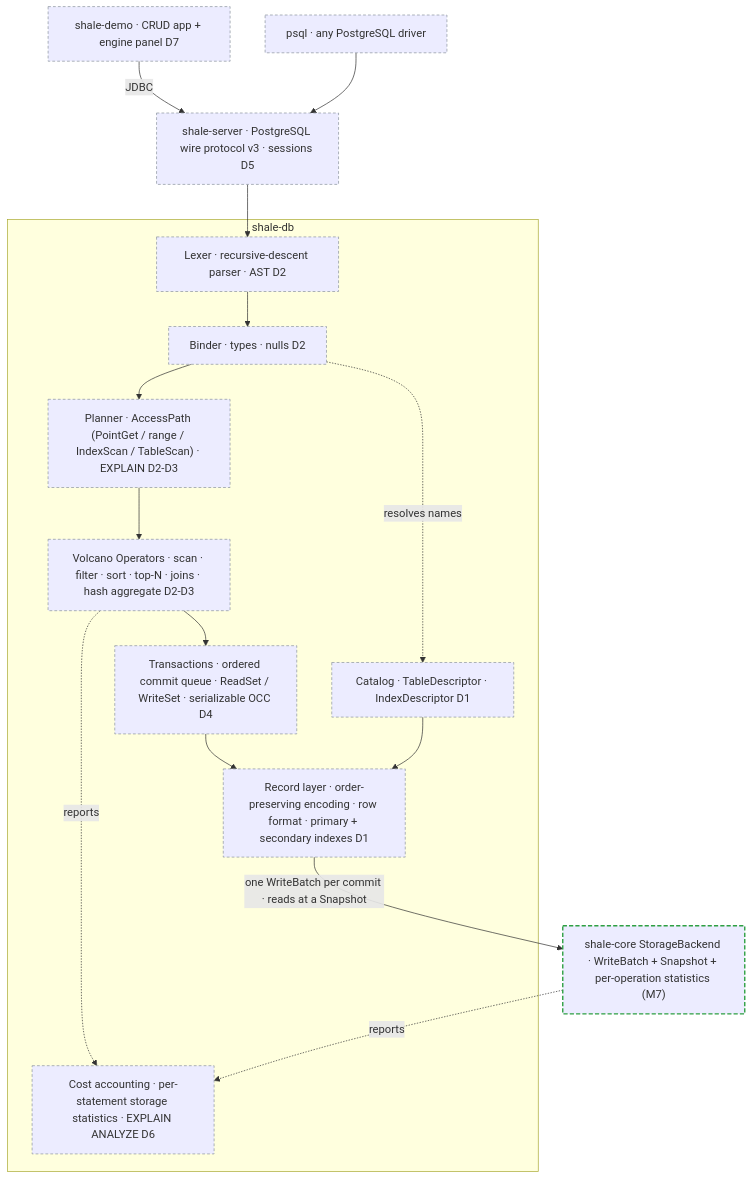
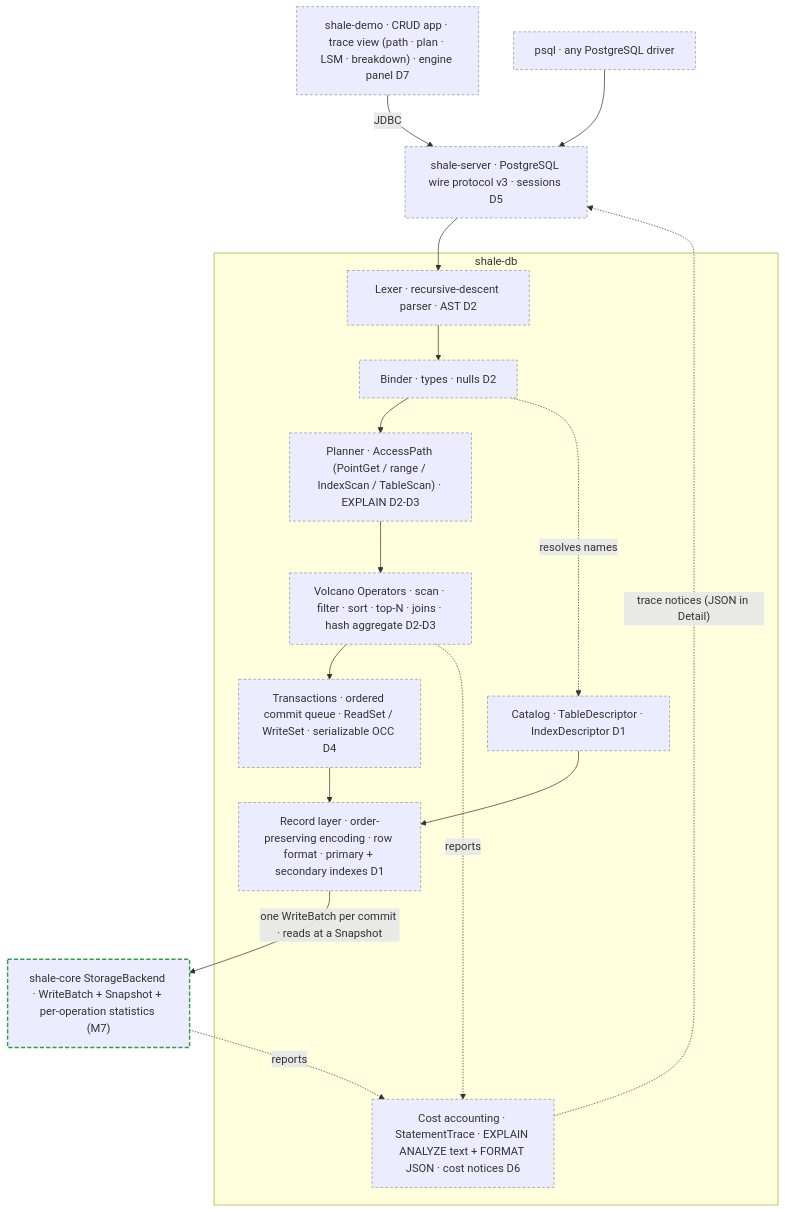
One commit to rahul-j0shi/shale changed the third of 4 diagrams in documentation/architecture/project-scope.md. Above: the diagram before and after it, drawn with Mermaid. The commit also changed other lines of this file and 22 other files, not shown here.

````diff
--- a/documentation/architecture/project-scope.md
+++ b/documentation/architecture/project-scope.md
@@ -133,36 +134,37 @@
 ```mermaid
 flowchart TB
-  app["shale-demo · CRUD app + engine panel D7"]:::plan
+  app["shale-demo · CRUD app · trace view (path · plan · LSM · breakdown) · engine panel D7"]:::plan
   psql["psql · any PostgreSQL driver"]:::plan
   wire["shale-server · PostgreSQL wire protocol v3 · sessions D5"]:::plan
 
   subgraph db["shale-db"]
     parse["Lexer · recursive-descent parser · AST D2"]:::plan
     bind["Binder · types · nulls D2"]:::plan
     plan["Planner · AccessPath (PointGet / range / IndexScan / TableScan) · EXPLAIN D2-D3"]:::plan
     exec["Volcano Operators · scan · filter · sort · top-N · joins · hash aggregate D2-D3"]:::plan
     txn["Transactions · ordered commit queue · ReadSet / WriteSet · serializable OCC D4"]:::plan
     cat["Catalog · TableDescriptor · IndexDescriptor D1"]:::plan
     rec["Record layer · order-preserving encoding · row format · primary + secondary indexes D1"]:::plan
-    cost["Cost accounting · per-statement storage statistics · EXPLAIN ANALYZE D6"]:::plan
+    cost["Cost accounting · StatementTrace · EXPLAIN ANALYZE text + FORMAT JSON · cost notices D6"]:::plan
   end
 
   spi["shale-core StorageBackend · WriteBatch + Snapshot + per-operation statistics (M7)"]:::part
 
   app -->|JDBC| wire
   psql --> wire
   wire --> parse
   parse --> bind
   bind --> plan
   plan --> exec
   exec --> txn
   bind -. resolves names .-> cat
   txn --> rec
   cat --> rec
   rec -->|"one WriteBatch per commit · reads at a Snapshot"| spi
   exec -. reports .-> cost
   spi -. reports .-> cost
+  cost -. "trace notices (JSON in Detail)" .-> wire
 
   classDef part stroke:#2ea043,stroke-width:2px,stroke-dasharray:6 3;
   classDef plan stroke:#8b949e,stroke-width:1px,stroke-dasharray:4 3;
 ```
````
